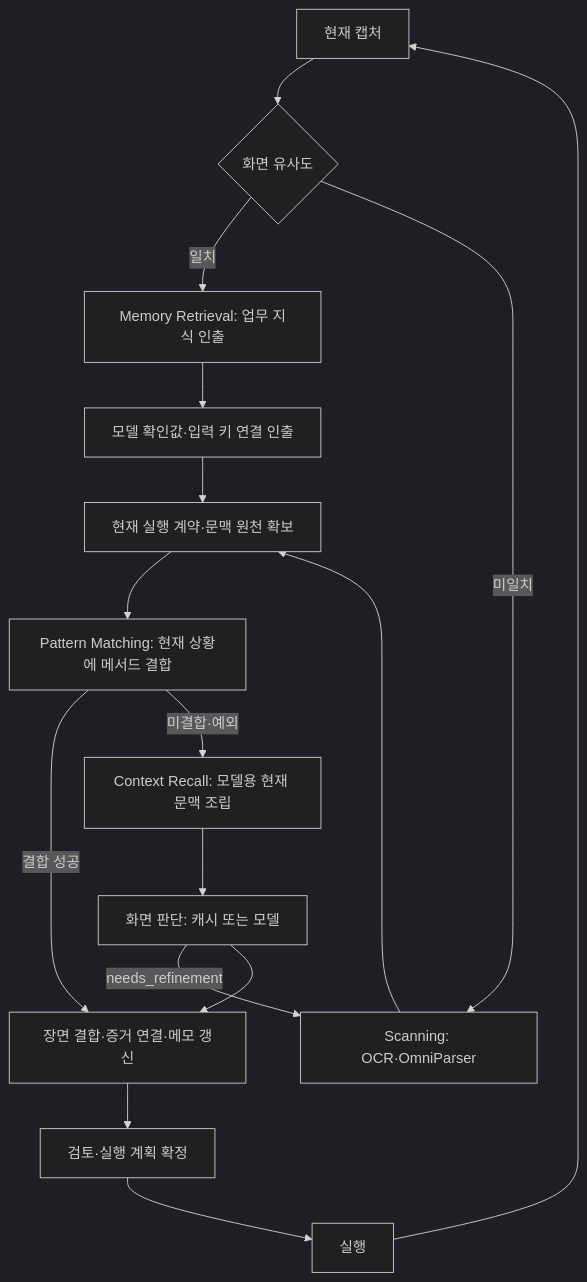
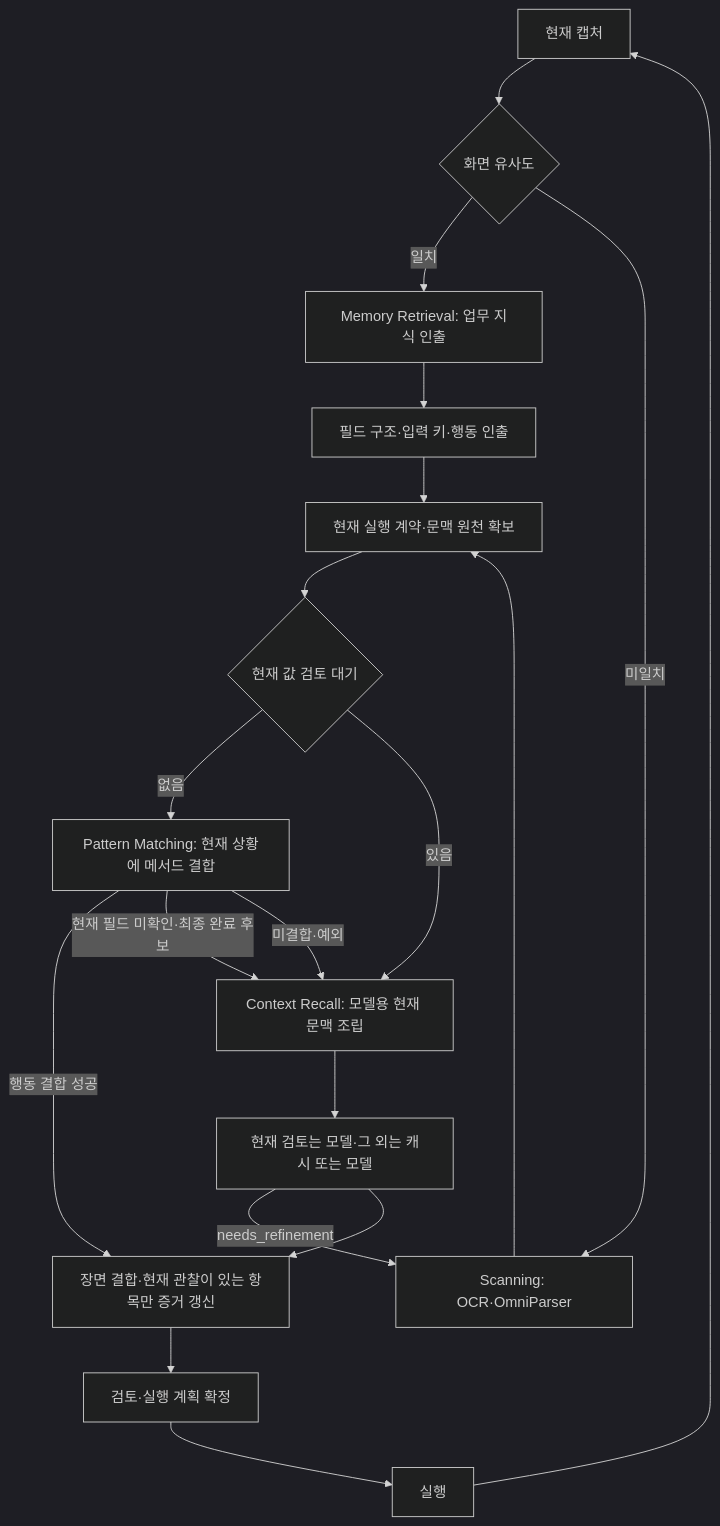
One commit to Dreamtreeme/agent-sawon changed the diagram in docs/runtime-terminology.md. Above: the diagram before and after it, drawn with Mermaid (dark theme). The commit also changed other lines of this file and 14 other files, not shown here.

````diff
--- a/docs/runtime-terminology.md
+++ b/docs/runtime-terminology.md
@@ -27,18 +27,21 @@
 ```mermaid
 flowchart TD
     CAP[현재 캡처] --> SIM{화면 유사도}
     SIM -->|일치| MEM[Memory Retrieval: 업무 지식 인출]
     SIM -->|미일치| SCAN[Scanning: OCR·OmniParser]
-    MEM --> READINGS[모델 확인값·입력 키 연결 인출]
-    READINGS --> STATE[현재 실행 계약·문맥 원천 확보]
+    MEM --> STRUCTURE[필드 구조·입력 키·행동 인출]
+    STRUCTURE --> STATE[현재 실행 계약·문맥 원천 확보]
     SCAN --> STATE
-    STATE --> PAT[Pattern Matching: 현재 상황에 메서드 결합]
-    PAT -->|결합 성공| BIND
-    PAT -->|미결합·예외| CTX[Context Recall: 모델용 현재 문맥 조립]
-    CTX --> DEC[화면 판단: 캐시 또는 모델]
+    STATE --> NEED{현재 값 검토 대기}
+    NEED -->|없음| PAT[Pattern Matching: 현재 상황에 메서드 결합]
+    NEED -->|있음| CTX[Context Recall: 모델용 현재 문맥 조립]
+    PAT -->|행동 결합 성공| BIND
+    PAT -->|현재 필드 미확인·최종 완료 후보| CTX
+    PAT -->|미결합·예외| CTX
+    CTX --> DEC[현재 검토는 모델·그 외는 캐시 또는 모델]
     DEC -->|needs_refinement| SCAN
-    DEC --> BIND[장면 결합·증거 연결·메모 갱신]
+    DEC --> BIND[장면 결합·현재 관찰이 있는 항목만 증거 갱신]
     BIND --> REVIEW[검토·실행 계획 확정]
     REVIEW --> ACT[실행]
     ACT --> CAP
 ```
````
